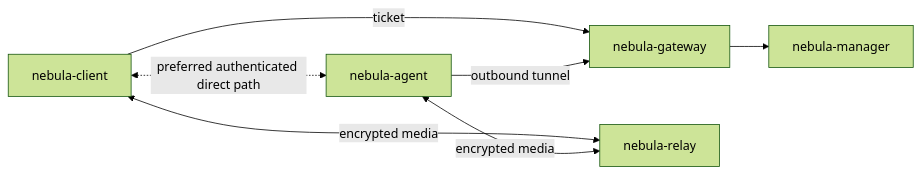
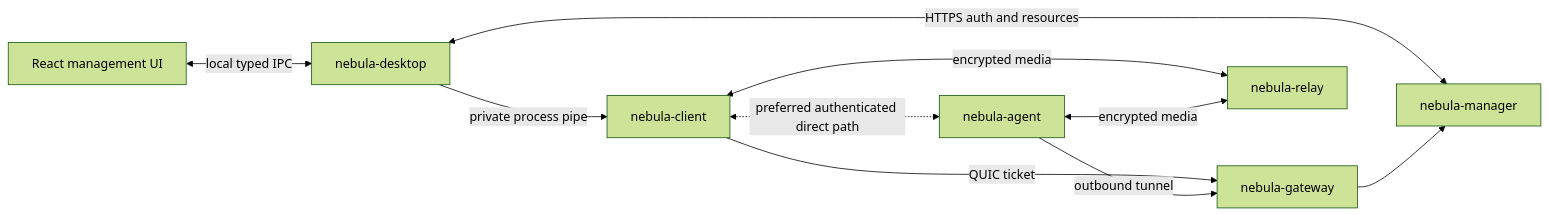
One commit to zongyangbigpolo/NebulaDesk changed the diagram in README.md. Above: the diagram before and after it, drawn with Mermaid (forest theme). The commit also changed other lines of this file and 4 other files, not shown here.

Commit message:
Describe desktop product outcomes and runtime architecture

````diff
--- a/README.md
+++ b/README.md
@@ -21,9 +54,12 @@
 ```mermaid
 flowchart LR
-    C[nebula-client] -->|ticket| G[nebula-gateway]
+    UI[React management UI] <-->|local typed IPC| D[nebula-desktop]
+    D <-->|HTTPS auth and resources| M[nebula-manager]
+    D -->|private process pipe| C[nebula-client]
+    C -->|QUIC ticket| G[nebula-gateway]
     A[nebula-agent] -->|outbound tunnel| G
-    G --> M[nebula-manager]
+    G --> M
     C <-->|encrypted media| R[nebula-relay]
     A <-->|encrypted media| R
     C <-.->|preferred authenticated direct path| A
 ```
````
